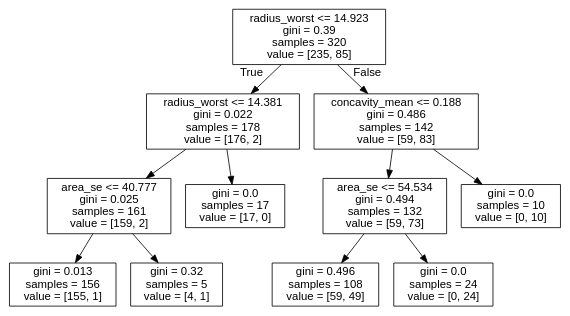
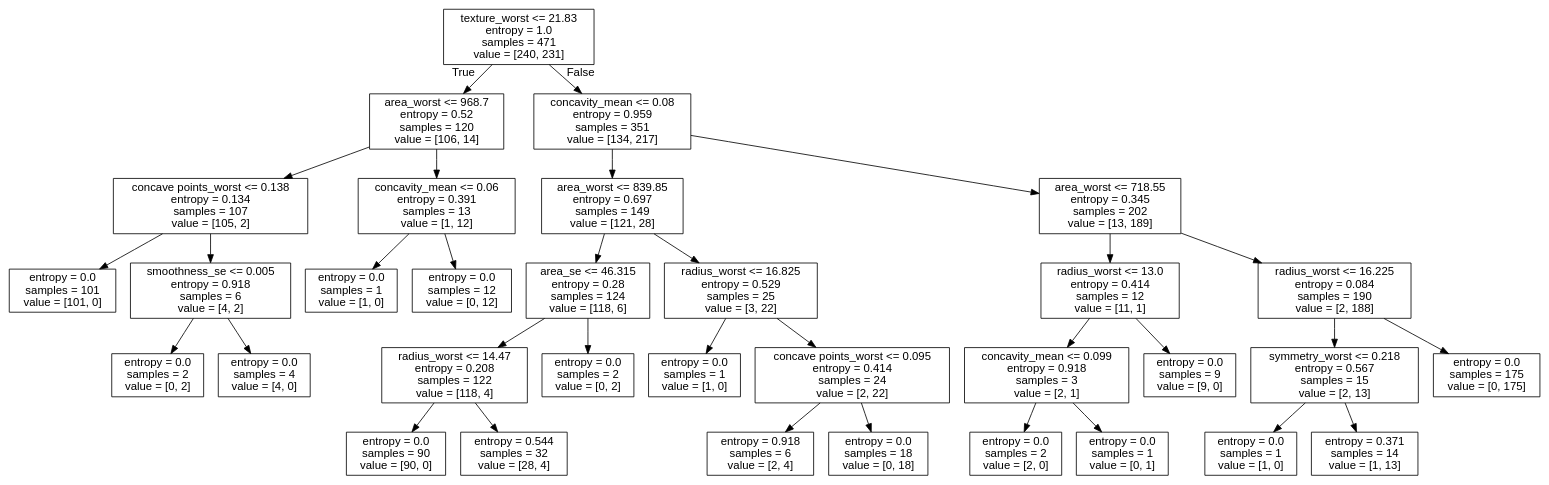
Before and after one commit to m21ark/ia_t2: the diagram in tree.dot, drawn with Graphviz. The commit also changed 3 other files, not shown here.

```diff
--- a/tree.dot
+++ b/tree.dot
@@ -1,25 +1,69 @@
 digraph Tree {
 node [shape=box, fontname="helvetica"] ;
 edge [fontname="helvetica"] ;
-0 [label="radius_worst <= 14.923\ngini = 0.39\nsamples = 320\nvalue = [235, 85]"] ;
-1 [label="radius_worst <= 14.381\ngini = 0.022\nsamples = 178\nvalue = [176, 2]"] ;
+0 [label="texture_worst <= 21.83\nentropy = 1.0\nsamples = 471\nvalue = [240, 231]"] ;
+1 [label="area_worst <= 968.7\nentropy = 0.52\nsamples = 120\nvalue = [106, 14]"] ;
 0 -> 1 [labeldistance=2.5, labelangle=45, headlabel="True"] ;
-2 [label="area_se <= 40.777\ngini = 0.025\nsamples = 161\nvalue = [159, 2]"] ;
+2 [label="concave points_worst <= 0.138\nentropy = 0.134\nsamples = 107\nvalue = [105, 2]"] ;
 1 -> 2 ;
-3 [label="gini = 0.013\nsamples = 156\nvalue = [155, 1]"] ;
+3 [label="entropy = 0.0\nsamples = 101\nvalue = [101, 0]"] ;
 2 -> 3 ;
-4 [label="gini = 0.32\nsamples = 5\nvalue = [4, 1]"] ;
+4 [label="smoothness_se <= 0.005\nentropy = 0.918\nsamples = 6\nvalue = [4, 2]"] ;
 2 -> 4 ;
-5 [label="gini = 0.0\nsamples = 17\nvalue = [17, 0]"] ;
-1 -> 5 ;
-6 [label="concavity_mean <= 0.188\ngini = 0.486\nsamples = 142\nvalue = [59, 83]"] ;
-0 -> 6 [labeldistance=2.5, labelangle=-45, headlabel="False"] ;
-7 [label="area_se <= 54.534\ngini = 0.494\nsamples = 132\nvalue = [59, 73]"] ;
-6 -> 7 ;
-8 [label="gini = 0.496\nsamples = 108\nvalue = [59, 49]"] ;
+5 [label="entropy = 0.0\nsamples = 2\nvalue = [0, 2]"] ;
+4 -> 5 ;
+6 [label="entropy = 0.0\nsamples = 4\nvalue = [4, 0]"] ;
+4 -> 6 ;
+7 [label="concavity_mean <= 0.06\nentropy = 0.391\nsamples = 13\nvalue = [1, 12]"] ;
+1 -> 7 ;
+8 [label="entropy = 0.0\nsamples = 1\nvalue = [1, 0]"] ;
 7 -> 8 ;
-9 [label="gini = 0.0\nsamples = 24\nvalue = [0, 24]"] ;
+9 [label="entropy = 0.0\nsamples = 12\nvalue = [0, 12]"] ;
 7 -> 9 ;
-10 [label="gini = 0.0\nsamples = 10\nvalue = [0, 10]"] ;
-6 -> 10 ;
+10 [label="concavity_mean <= 0.08\nentropy = 0.959\nsamples = 351\nvalue = [134, 217]"] ;
+0 -> 10 [labeldistance=2.5, labelangle=-45, headlabel="False"] ;
+11 [label="area_worst <= 839.85\nentropy = 0.697\nsamples = 149\nvalue = [121, 28]"] ;
+10 -> 11 ;
+12 [label="area_se <= 46.315\nentropy = 0.28\nsamples = 124\nvalue = [118, 6]"] ;
+11 -> 12 ;
+13 [label="radius_worst <= 14.47\nentropy = 0.208\nsamples = 122\nvalue = [118, 4]"] ;
+12 -> 13 ;
+14 [label="entropy = 0.0\nsamples = 90\nvalue = [90, 0]"] ;
+13 -> 14 ;
+15 [label="entropy = 0.544\nsamples = 32\nvalue = [28, 4]"] ;
+13 -> 15 ;
+16 [label="entropy = 0.0\nsamples = 2\nvalue = [0, 2]"] ;
+12 -> 16 ;
+17 [label="radius_worst <= 16.825\nentropy = 0.529\nsamples = 25\nvalue = [3, 22]"] ;
+11 -> 17 ;
+18 [label="entropy = 0.0\nsamples = 1\nvalue = [1, 0]"] ;
+17 -> 18 ;
+19 [label="concave points_worst <= 0.095\nentropy = 0.414\nsamples = 24\nvalue = [2, 22]"] ;
+17 -> 19 ;
+20 [label="entropy = 0.918\nsamples = 6\nvalue = [2, 4]"] ;
+19 -> 20 ;
+21 [label="entropy = 0.0\nsamples = 18\nvalue = [0, 18]"] ;
+19 -> 21 ;
+22 [label="area_worst <= 718.55\nentropy = 0.345\nsamples = 202\nvalue = [13, 189]"] ;
+10 -> 22 ;
+23 [label="radius_worst <= 13.0\nentropy = 0.414\nsamples = 12\nvalue = [11, 1]"] ;
+22 -> 23 ;
+24 [label="concavity_mean <= 0.099\nentropy = 0.918\nsamples = 3\nvalue = [2, 1]"] ;
+23 -> 24 ;
+25 [label="entropy = 0.0\nsamples = 2\nvalue = [2, 0]"] ;
+24 -> 25 ;
+26 [label="entropy = 0.0\nsamples = 1\nvalue = [0, 1]"] ;
+24 -> 26 ;
+27 [label="entropy = 0.0\nsamples = 9\nvalue = [9, 0]"] ;
+23 -> 27 ;
+28 [label="radius_worst <= 16.225\nentropy = 0.084\nsamples = 190\nvalue = [2, 188]"] ;
+22 -> 28 ;
+29 [label="symmetry_worst <= 0.218\nentropy = 0.567\nsamples = 15\nvalue = [2, 13]"] ;
+28 -> 29 ;
+30 [label="entropy = 0.0\nsamples = 1\nvalue = [1, 0]"] ;
+29 -> 30 ;
+31 [label="entropy = 0.371\nsamples = 14\nvalue = [1, 13]"] ;
+29 -> 31 ;
+32 [label="entropy = 0.0\nsamples = 175\nvalue = [0, 175]"] ;
+28 -> 32 ;
 }
```
